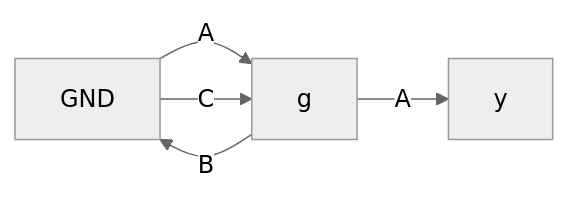
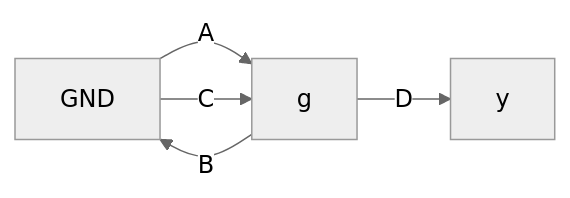
Before and after one commit to 0x9ONU/Obsidian-Notes: the eighth of 8 diagrams in 2 - Graduate/1 - Year 1/Fall 2026/3 - Intro to VLSI/2 - CMOS Design/Lecture 8 - Topology-to-Layout Methodologies.md, drawn with Mermaid (neutral theme). The commit also changed other lines of this file and 244 other files, not shown here.

````diff
--- a/2 - Graduate/1 - Year 1/Fall 2026/3 - Intro to VLSI/2 - CMOS Design/Lecture 8 - Topology-to-Layout Methodologies.md
+++ b/2 - Graduate/1 - Year 1/Fall 2026/3 - Intro to VLSI/2 - CMOS Design/Lecture 8 - Topology-to-Layout Methodologies.md
@@ -191,4 +195,4 @@
 ```mermaid
 flowchart LR
-GND--A-->g--B-->GND--C-->g--A-->y
+GND--A-->g--B-->GND--C-->g--D-->y
 ```
````
